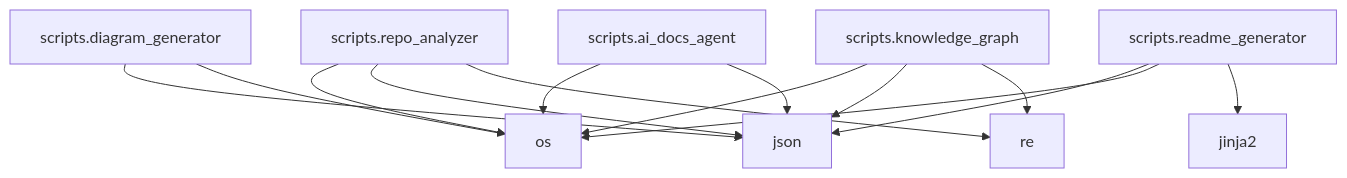
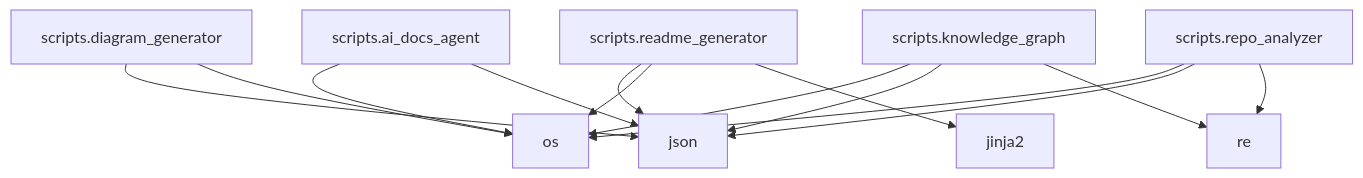
The diagram in README.md (NITISH-R-G/FACE-EMOTION-DETECTION), drawn with Mermaid before and after one commit. The commit also changed other lines of this file and 3 other files, not shown here.

Commit message:
docs: auto-update repository documentation and diagrams [skip ci]

````diff
--- a/README.md
+++ b/README.md
@@ -45,30 +45,30 @@
 ```mermaid
 graph TD;
-    scripts_repo_analyzer["scripts.repo_analyzer"];
-    click scripts_repo_analyzer "scripts/repo_analyzer.py" "View source";
-    os["os"];
-    json["json"];
-    re["re"];
     scripts_diagram_generator["scripts.diagram_generator"];
     click scripts_diagram_generator "scripts/diagram_generator.py" "View source";
-    scripts_knowledge_graph["scripts.knowledge_graph"];
-    click scripts_knowledge_graph "scripts/knowledge_graph.py" "View source";
+    json["json"];
+    os["os"];
     scripts_readme_generator["scripts.readme_generator"];
     click scripts_readme_generator "scripts/readme_generator.py" "View source";
     jinja2["jinja2"];
+    scripts_knowledge_graph["scripts.knowledge_graph"];
+    click scripts_knowledge_graph "scripts/knowledge_graph.py" "View source";
+    re["re"];
     scripts_ai_docs_agent["scripts.ai_docs_agent"];
     click scripts_ai_docs_agent "scripts/ai_docs_agent.py" "View source";
+    scripts_repo_analyzer["scripts.repo_analyzer"];
+    click scripts_repo_analyzer "scripts/repo_analyzer.py" "View source";
+    scripts_diagram_generator --> json;
+    scripts_diagram_generator --> os;
+    scripts_readme_generator --> json;
+    scripts_readme_generator --> os;
+    scripts_readme_generator --> jinja2;
+    scripts_knowledge_graph --> os;
+    scripts_knowledge_graph --> json;
+    scripts_knowledge_graph --> re;
+    scripts_ai_docs_agent --> os;
+    scripts_ai_docs_agent --> json;
     scripts_repo_analyzer --> os;
     scripts_repo_analyzer --> json;
     scripts_repo_analyzer --> re;
-    scripts_diagram_generator --> json;
-    scripts_diagram_generator --> os;
-    scripts_knowledge_graph --> os;
-    scripts_knowledge_graph --> json;
-    scripts_knowledge_graph --> re;
-    scripts_readme_generator --> json;
-    scripts_readme_generator --> os;
-    scripts_readme_generator --> jinja2;
-    scripts_ai_docs_agent --> os;
-    scripts_ai_docs_agent --> json;
 ```
````
